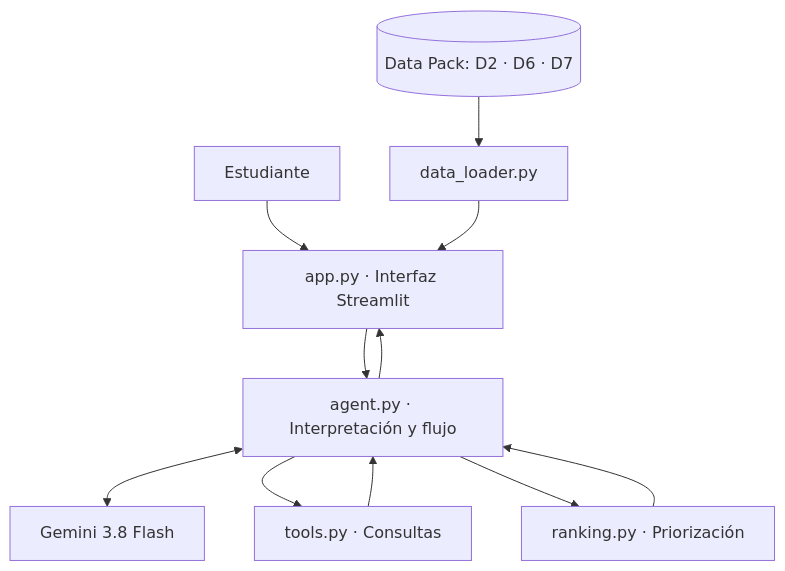
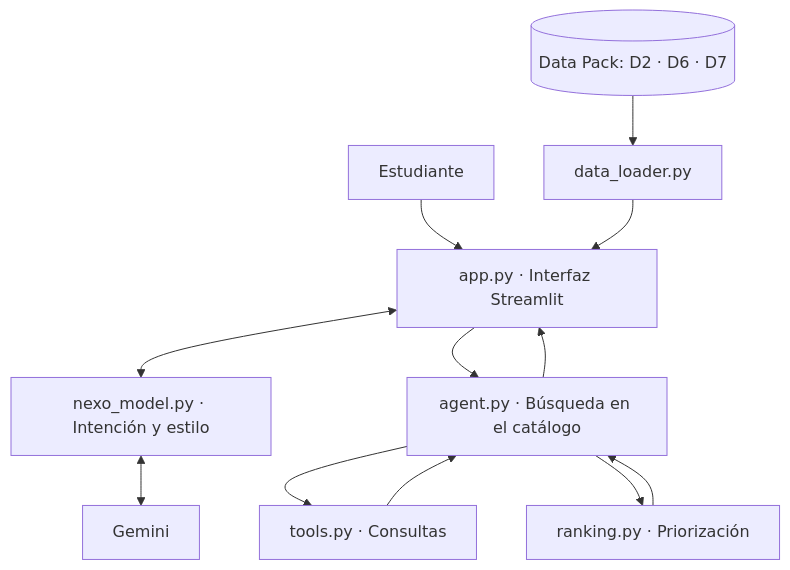
Before and after one commit to amandiiita/NEXO: the diagram in README.md, drawn with Mermaid. The commit also changed other lines of this file and 10 other files, not shown here.

Commit message:
Integra Gemini en la conversación de NEXO con respaldo automático

````diff
--- a/README.md
+++ b/README.md
@@ -27,13 +28,14 @@
 ```mermaid
 flowchart TD
     U["Estudiante"] --> A["app.py · Interfaz Streamlit"]
-    A --> B["agent.py · Interpretación y flujo"]
-    B <--> G["Gemini 3.8 Flash"]
+    A <--> M["nexo_model.py · Intención y estilo"]
+    M <--> G["Gemini"]
+    A --> B["agent.py · Búsqueda en el catálogo"]
     B --> T["tools.py · Consultas"]
     B --> R["ranking.py · Priorización"]
     D[("Data Pack: D2 · D6 · D7")] --> L["data_loader.py"]
     L --> A
     T --> B
     R --> B
     B --> A
 ```
````
